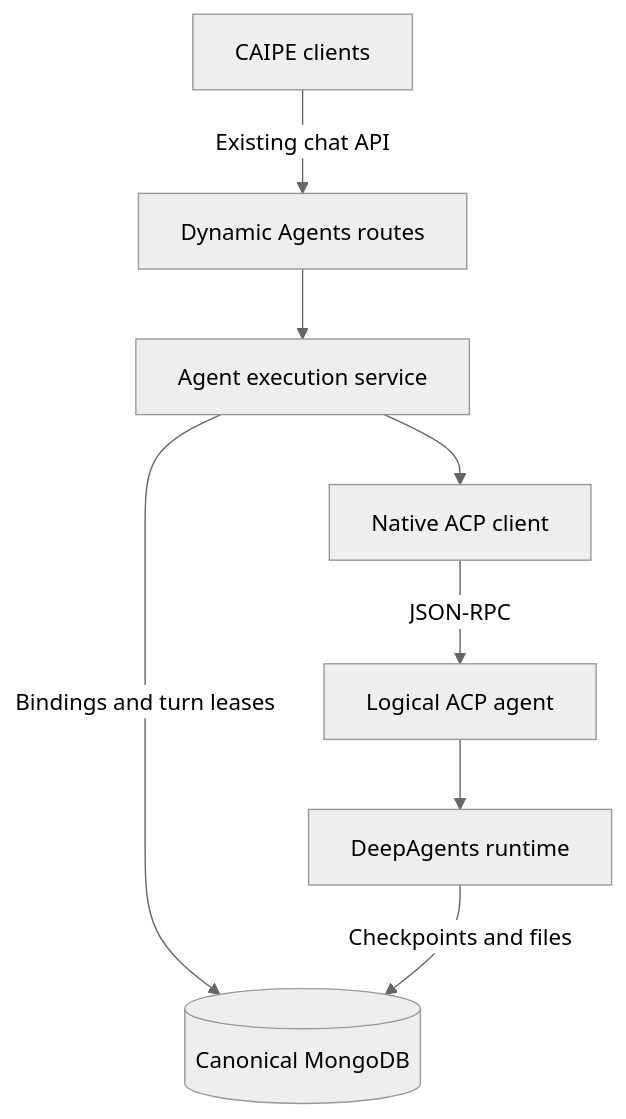
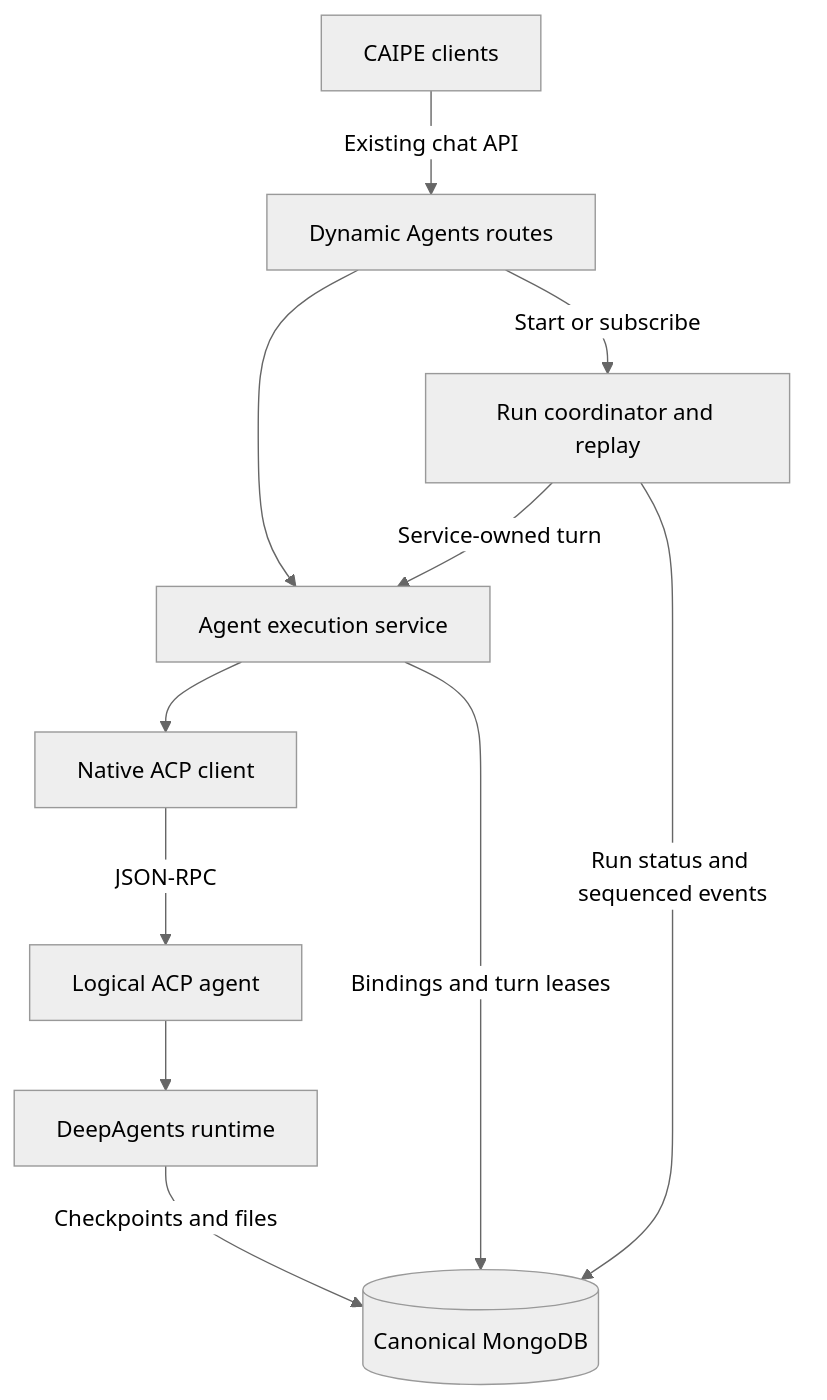
Before and after one commit to cnoe-io/ai-platform-engineering: the first of 2 diagrams in docs/docs/architecture/native-acp-metaharness.md, drawn with Mermaid (neutral theme). The commit also changed other lines of this file and 56 other files, not shown here.

````diff
--- a/docs/docs/architecture/native-acp-metaharness.md
+++ b/docs/docs/architecture/native-acp-metaharness.md
@@ -44,10 +44,13 @@
 ```mermaid
 flowchart TB
   Clients[CAIPE clients] -->|Existing chat API| Routes[Dynamic Agents routes]
   Routes --> Execution[Agent execution service]
+  Routes -->|Start or subscribe| Journal[Run coordinator and replay]
+  Journal -->|Service-owned turn| Execution
+  Journal -->|Run status and sequenced events| DB
   Execution --> Client[Native ACP client]
   Client -->|JSON-RPC| Agent[Logical ACP agent]
   Agent --> Runtime[DeepAgents runtime]
   Execution -->|Bindings and turn leases| DB[(Canonical MongoDB)]
   Runtime -->|Checkpoints and files| DB
 ```
````
